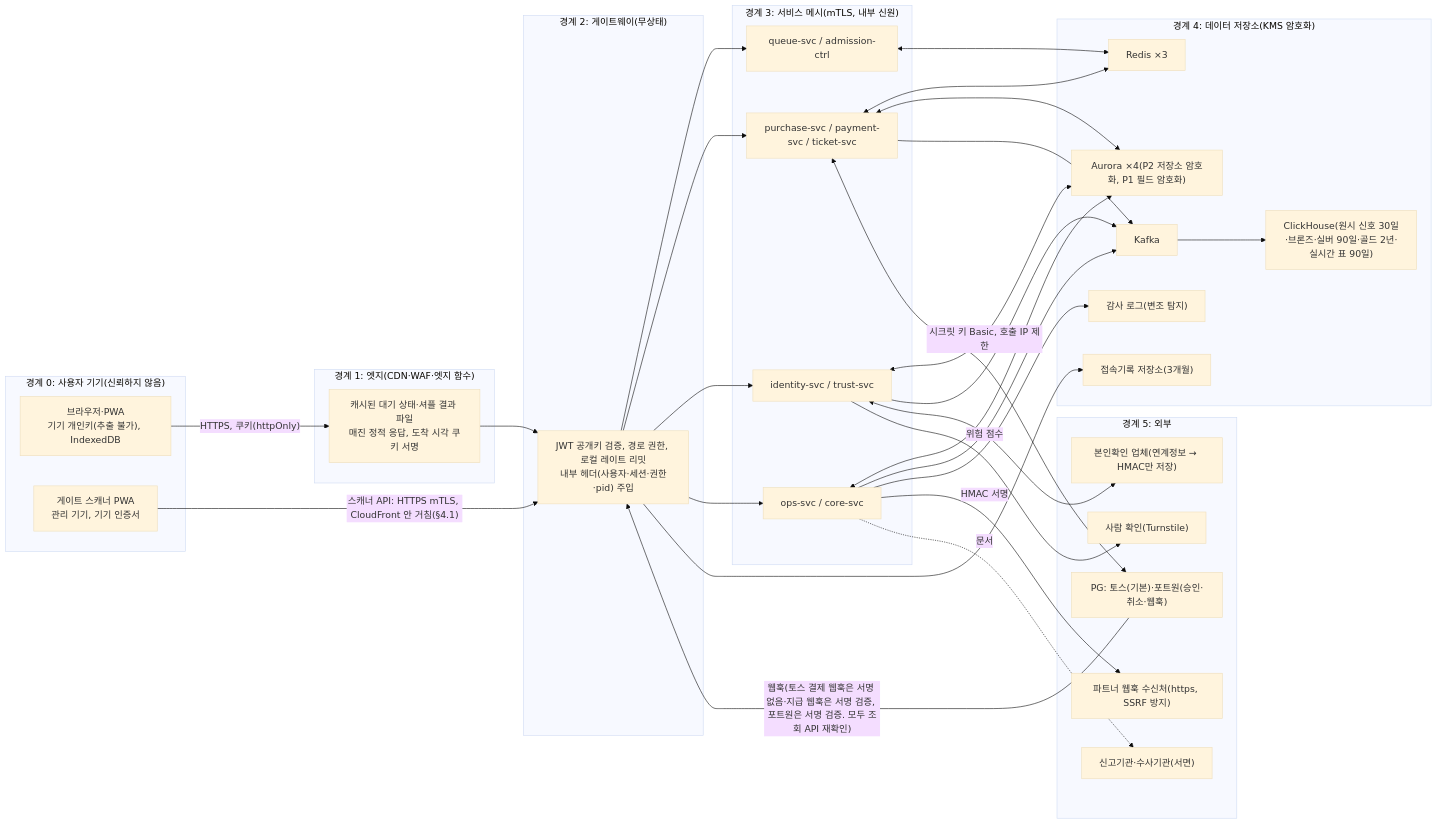
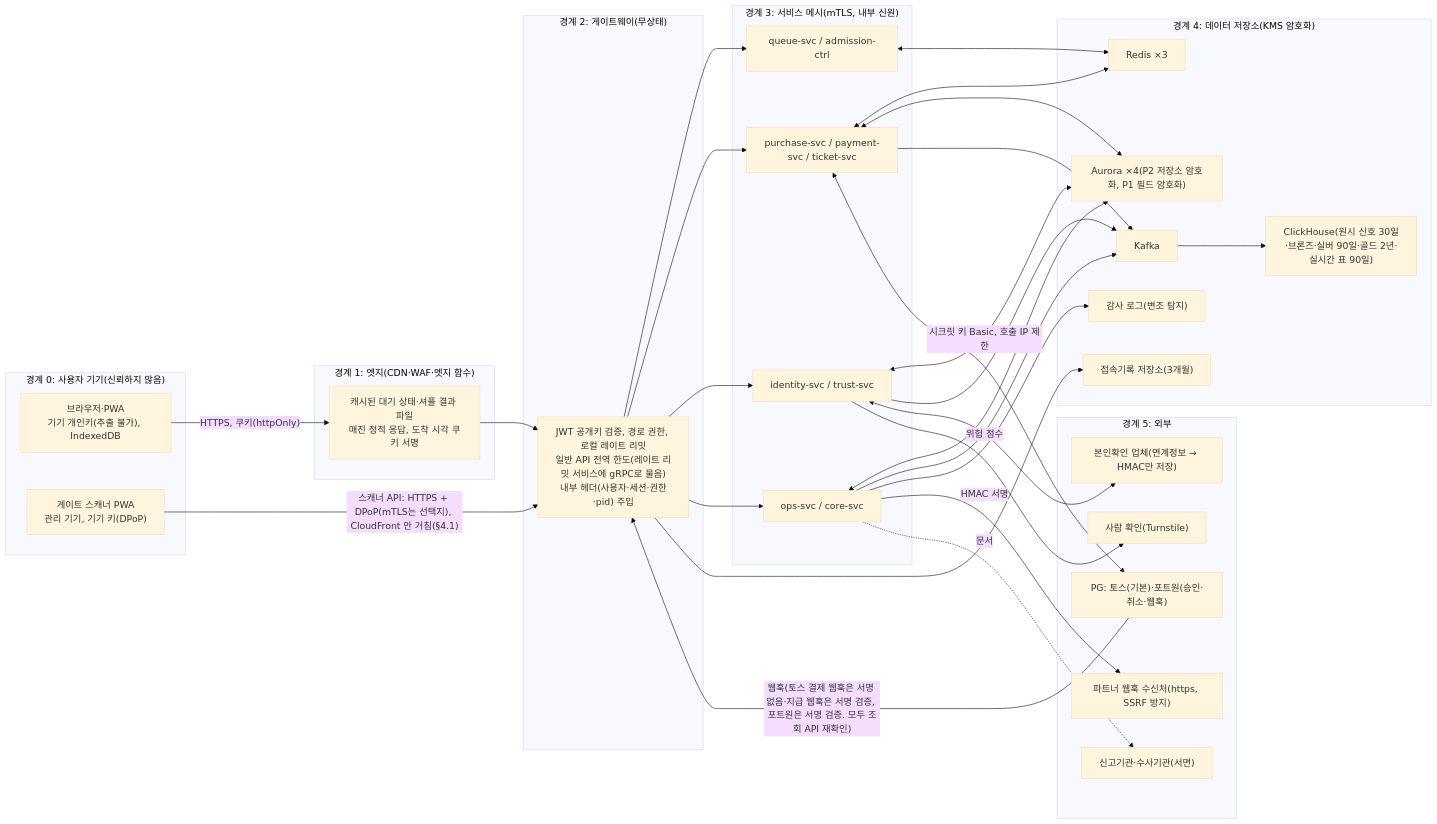
Before and after one commit to peaket/peaket: the second of 3 diagrams in docs/infra.md, drawn with Mermaid (base theme). The commit also changed other lines of this file and 228 other files, not shown here.

````diff
--- a/docs/infra.md
+++ b/docs/infra.md
@@ -80,27 +88,27 @@
 ```mermaid
 flowchart LR
     subgraph TB0["경계 0: 사용자 기기(신뢰하지 않음)"]
         B["브라우저·PWA\n기기 개인키(추출 불가), IndexedDB"]
-        SC["게이트 스캐너 PWA\n관리 기기, 기기 인증서"]
+        SC["게이트 스캐너 PWA\n관리 기기, 기기 키(DPoP)"]
     end
     subgraph TB1["경계 1: 엣지(CDN·WAF·엣지 함수)"]
         E["캐시된 대기 상태·셔플 결과 파일\n매진 정적 응답, 도착 시각 쿠키 서명"]
     end
     subgraph TB2["경계 2: 게이트웨이(무상태)"]
-        G["JWT 공개키 검증, 경로 권한, 로컬 레이트 리밋\n내부 헤더(사용자·세션·권한·pid) 주입"]
+        G["JWT 공개키 검증, 경로 권한, 로컬 레이트 리밋\n일반 API 전역 한도(레이트 리밋 서비스에 gRPC로 물음)\n내부 헤더(사용자·세션·권한·pid) 주입"]
     end
     subgraph TB3["경계 3: 서비스 메시(mTLS, 내부 신원)"]
         Q["queue-svc / admission-ctrl"]; P["purchase-svc / payment-svc / ticket-svc"]; I["identity-svc / trust-svc"]; O["ops-svc / core-svc"]
     end
     subgraph TB4["경계 4: 데이터 저장소(KMS 암호화)"]
         R["Redis ×3"]; DB["Aurora ×4(P2 저장소 암호화, P1 필드 암호화)"]; K["Kafka"]; C["ClickHouse(원시 신호 30일·브론즈·실버 90일·골드 2년·실시간 표 90일)"]; L["접속기록 저장소(3개월)"]; A["감사 로그(변조 탐지)"]
     end
     subgraph TB5["경계 5: 외부"]
         X1["PG: 토스(기본)·포트원(승인·취소·웹훅)"]; X2["본인확인 업체(연계정보 → HMAC만 저장)"]; X3["사람 확인(Turnstile)"]; X4["파트너 웹훅 수신처(https, SSRF 방지)"]; X5["신고기관·수사기관(서면)"]
     end
     B -->|"HTTPS, 쿠키(httpOnly)"| E --> G --> Q & P & I & O
-    SC -->|"스캐너 API: HTTPS mTLS, CloudFront 안 거침(§4.1)"| G
+    SC -->|"스캐너 API: HTTPS + DPoP(mTLS는 선택지), CloudFront 안 거침(§4.1)"| G
     Q <--> R; P <--> R; P <--> DB; I <--> DB; O <--> DB; P & O & I --> K --> C; G --> L; O --> A
     P <-->|"시크릿 키 Basic, 호출 IP 제한"| X1; X1 -->|"웹훅(토스 결제 웹훅은 서명 없음·지급 웹훅은 서명 검증, 포트원은 서명 검증. 모두 조회 API 재확인)"| G
     I <--> X2; I -->|"위험 점수"| X3; O -->|"HMAC 서명"| X4; O -.문서.-> X5
 ```
````
